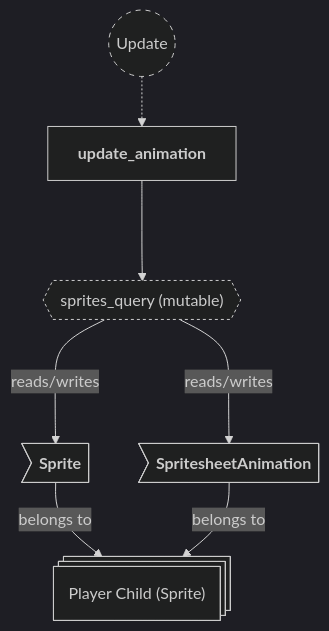
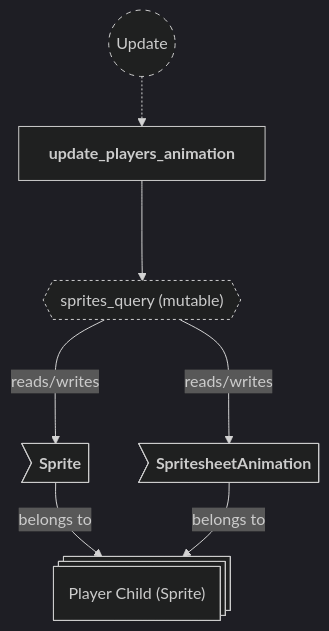
The eighth of 16 diagrams in backlog/docs/doc-5 - 004-Animations-plugin.md (neurosoup/tyled), drawn with Mermaid before and after one commit. The commit also changed other lines of this file and 11 other files, not shown here.

````diff
--- a/backlog/docs/doc-5 - 004-Animations-plugin.md
+++ b/backlog/docs/doc-5 - 004-Animations-plugin.md
@@ -212,26 +296,26 @@
 ```mermaid
 ---
 config:
   theme: dark
 ---
 
 flowchart TD
 classDef system-group stroke-dasharray: 5 5
 classDef query stroke-dasharray: 3 3
 
 update(("`Update`")):::system-group
-update_animation["`**update_animation**`"]
+update_players_animation["`**update_players_animation**`"]
 
-update -.-> update_animation
+update -.-> update_players_animation
 
 sprites_query{{"`sprites_query (mutable)`"}}:::query
-update_animation ---> sprites_query
+update_players_animation ---> sprites_query
 
 child_entity@{ shape: st-rect, label: "Player Child (Sprite)" }
 
 ce_sprite>"`**Sprite**`"] --> |belongs to| child_entity
 ce_anim>"`**SpritesheetAnimation**`"] --> |belongs to| child_entity
 
 sprites_query ---> |reads/writes| ce_sprite
 sprites_query ---> |reads/writes| ce_anim
 ```
````
